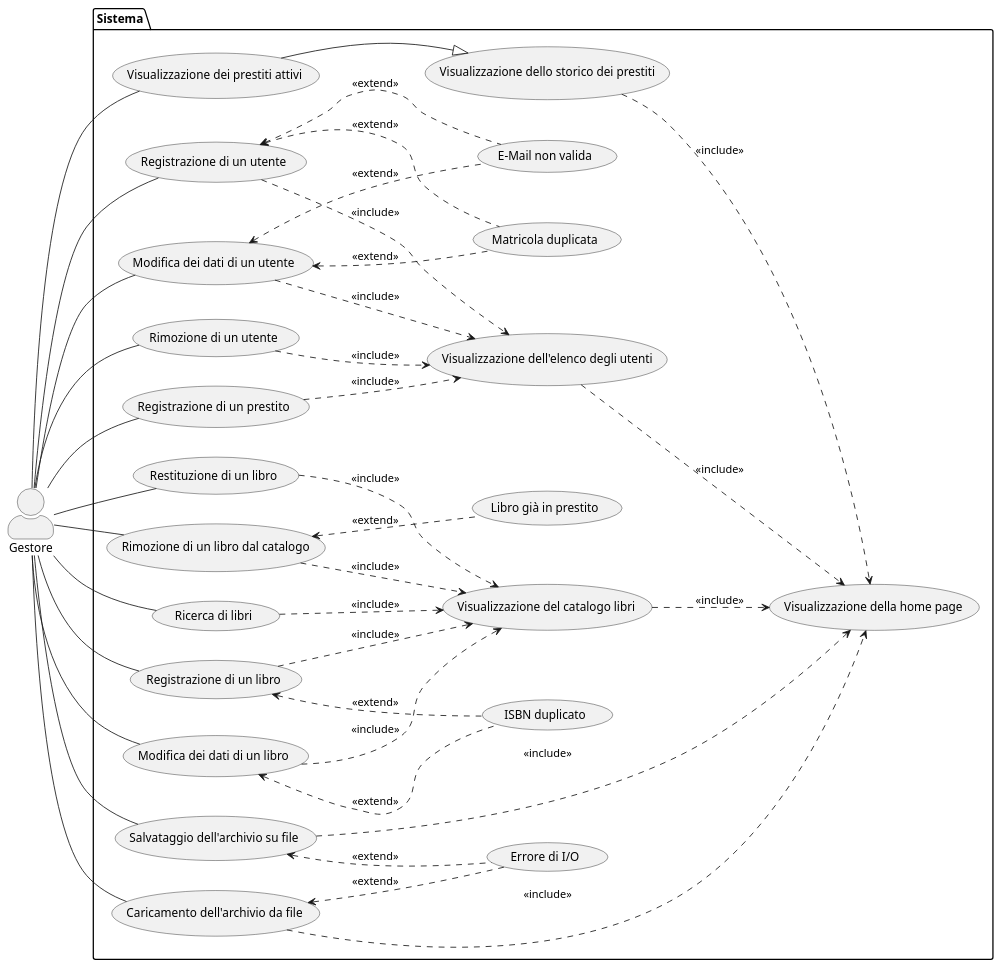
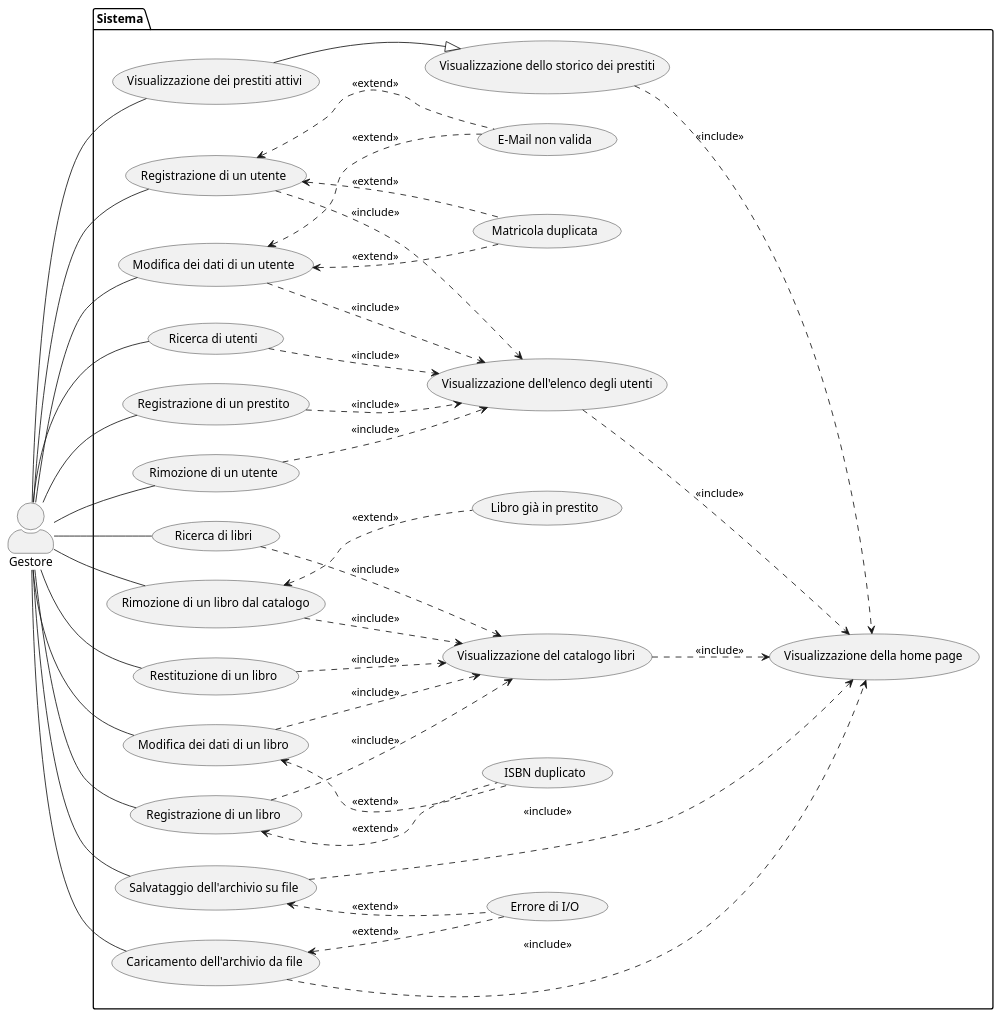
One commit to Meziu/easylibrary changed the diagram in docs/uml/usecases.puml. Above: the diagram before and after it, drawn with PlantUML. The commit also changed 2 other files, not shown here.

```diff
--- a/docs/uml/usecases.puml
+++ b/docs/uml/usecases.puml
@@ -1,75 +1,78 @@
 @startuml
 skinparam actorStyle awesome
 
 left to right direction
 
 actor Gestore as G
 
 package Sistema {
     usecase "Visualizzazione della home page" as UC1
     usecase "Visualizzazione del catalogo libri" as UC2
     usecase "Visualizzazione dei prestiti attivi" as UC3
     usecase "Visualizzazione dello storico dei prestiti" as UC4
     usecase "Visualizzazione dell'elenco degli utenti" as UC5
     usecase "Registrazione di un utente" as UC6
     usecase "Modifica dei dati di un utente" as UC7
     usecase "Rimozione di un utente" as UC8
+    usecase "Ricerca di utenti" as UC17
     usecase "Registrazione di un prestito" as UC9
     usecase "Restituzione di un libro" as UC10
     usecase "Ricerca di libri" as UC11
     usecase "Registrazione di un libro" as UC12
     usecase "Modifica dei dati di un libro" as UC13
     usecase "Rimozione di un libro dal catalogo" as UC14
     usecase "Salvataggio dell'archivio su file" as UC15
     usecase "Caricamento dell'archivio da file" as UC16
 
     usecase "Matricola duplicata" as UCA1
     usecase "E-Mail non valida" as UCA2
     usecase "ISBN duplicato" as UCA3
     usecase "Libro già in prestito" as UCA4
     usecase "Errore di I/O" as UCA5
 }
 
 UC2 ..> UC1 : <<include>>
 UC5 ..> UC1 : <<include>>
 UC4 ..> UC1 : <<include>>
 UC15 ...> UC1 : <<include>>
 UC16 ...> UC1 : <<include>>
 
 UC3 --|> UC4
 
 UC6 ..> UC5 : <<include>>
 UC7 ..> UC5 : <<include>>
 UC8 ..> UC5 : <<include>>
 UC9 ..> UC5 : <<include>>
+UC17 ..> UC5 : <<include>>
 
 UC10 ..> UC2 : <<include>>
 UC11 ..> UC2 : <<include>>
 UC12 ..> UC2 : <<include>>
 UC13 ..> UC2 : <<include>>
 UC14 ..> UC2 : <<include>>
 
 UC6 <.. UCA1 : <<extend>>
 UC7 <.. UCA1 : <<extend>>
 UC6 <.. UCA2 : <<extend>>
 UC7 <.. UCA2 : <<extend>>
 UC12 <.. UCA3 : <<extend>>
 UC13 <.. UCA3 : <<extend>>
 UC14 <.. UCA4  : <<extend>>
 UC15 <.. UCA5 : <<extend>>
 UC16 <.. UCA5 : <<extend>>
 
 G -- UC3
 G -- UC6
 G -- UC7
 G -- UC8
 G -- UC9
 G -- UC10
 G -- UC11
 G -- UC12
 G -- UC13
 G -- UC14
 G -- UC15
 G -- UC16
+G -- UC17
 
 @enduml
```
